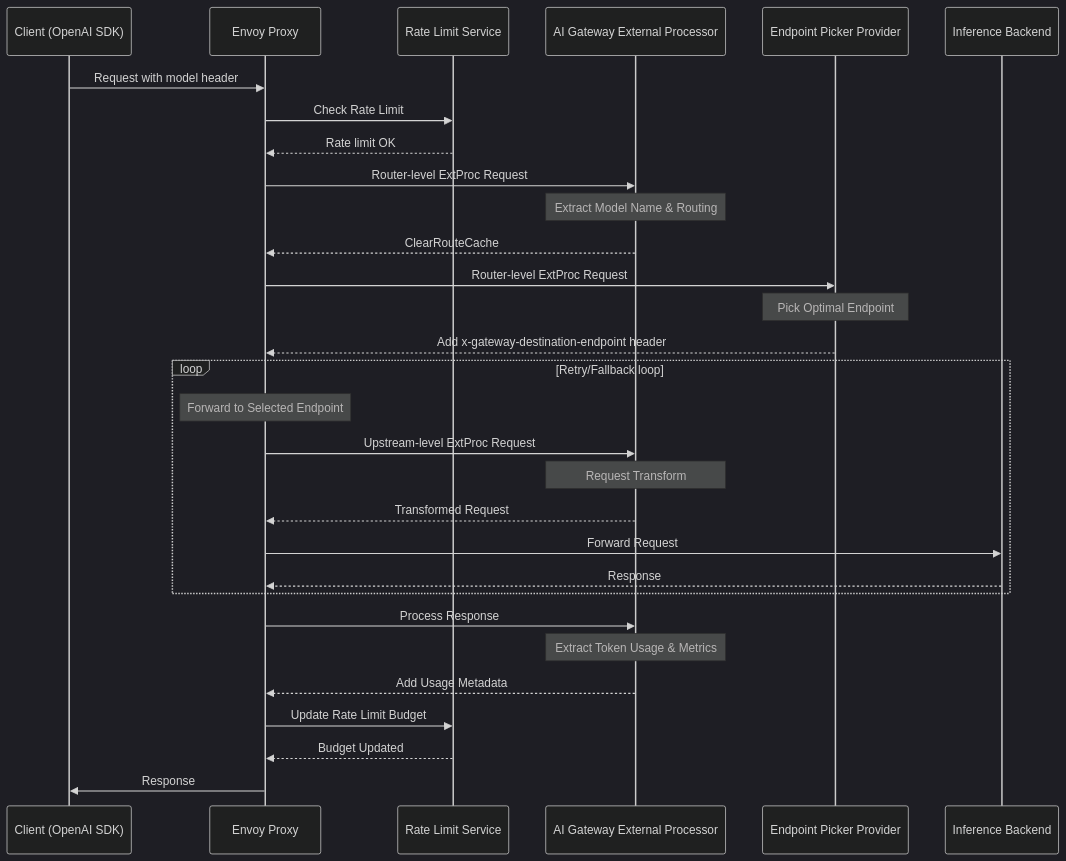
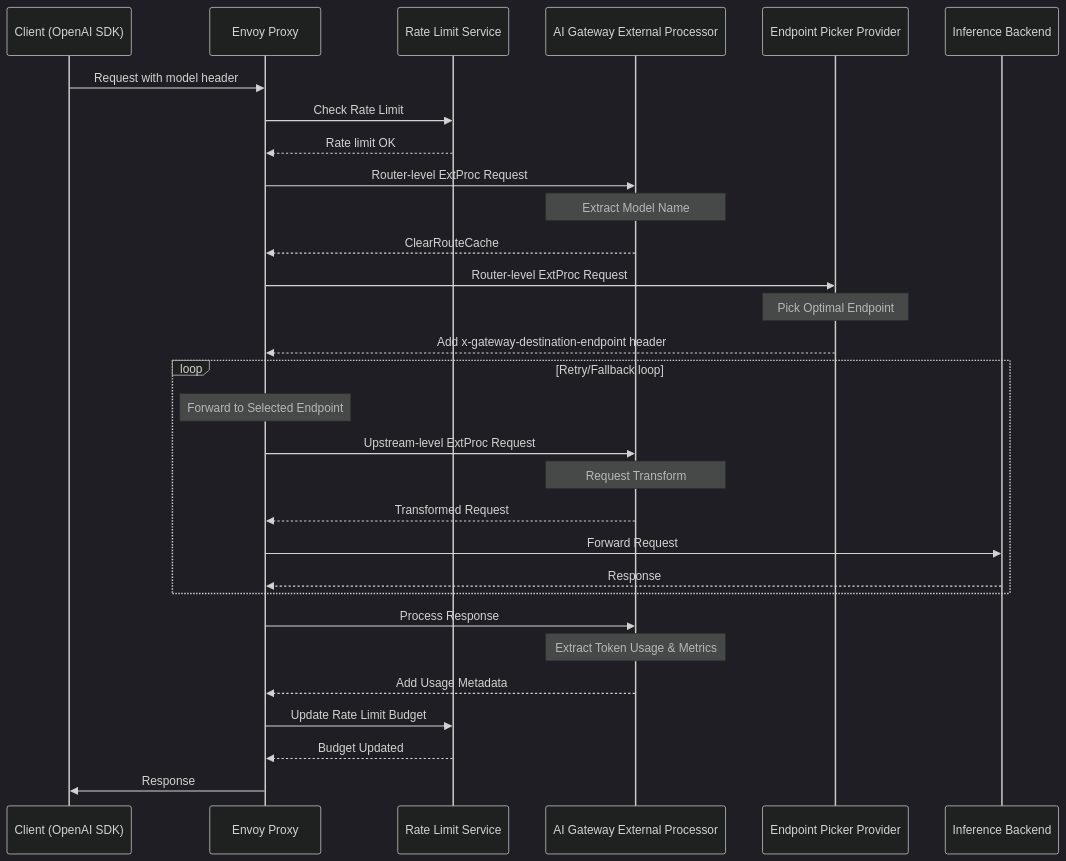
Before and after one commit to envoyproxy/ai-gateway: the first of 2 diagrams in site/docs/capabilities/inference/inferencepool-support.md, drawn with Mermaid (dark theme).

````diff
--- a/site/docs/capabilities/inference/inferencepool-support.md
+++ b/site/docs/capabilities/inference/inferencepool-support.md
@@ -35,33 +35,33 @@
 ```mermaid
 sequenceDiagram
     participant Client as Client (OpenAI SDK)
     participant Envoy as Envoy Proxy
     participant RLS as Rate Limit Service
     participant Processor as AI Gateway External Processor
     participant EPP as Endpoint Picker Provider
     participant Backend as Inference Backend
 
     Client->>Envoy: Request with model header
     Envoy->>RLS: Check Rate Limit
     RLS-->>Envoy: Rate limit OK
     Envoy->>Processor: Router-level ExtProc Request
-    Note over Processor: Extract Model Name & Routing
+    Note over Processor: Extract Model Name
     Processor-->>Envoy: ClearRouteCache
     Envoy->>EPP: Router-level ExtProc Request
     Note over EPP: Pick Optimal Endpoint
     EPP-->>Envoy: Add x-gateway-destination-endpoint header
     loop Retry/Fallback loop
     Note over Envoy: Forward to Selected Endpoint
     Envoy->>Processor: Upstream-level ExtProc Request
     Note over Processor: Request Transform
     Processor-->>Envoy: Transformed Request
     Envoy->>Backend: Forward Request
     Backend-->>Envoy: Response
     end
     Envoy->>Processor: Process Response
     Note over Processor: Extract Token Usage & Metrics
     Processor-->>Envoy: Add Usage Metadata
     Envoy->>RLS: Update Rate Limit Budget
     RLS-->>Envoy: Budget Updated
     Envoy->>Client: Response
 ```
````
